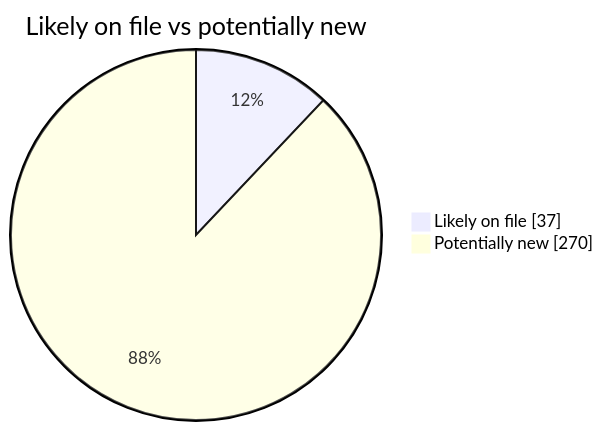
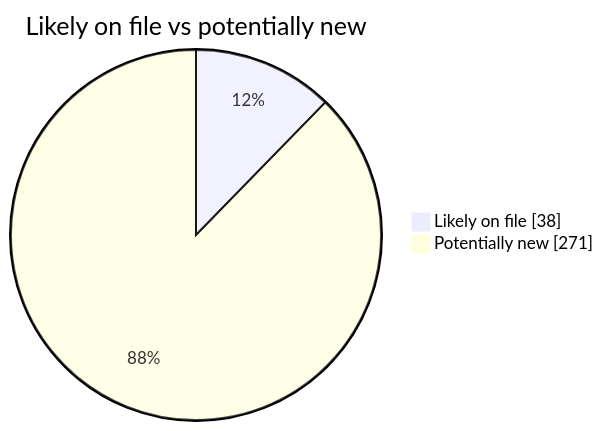
Before and after one commit to martinbalfanz/social-scanner-reports: the second of 4 diagrams in README.md, drawn with Mermaid. The commit also changed other lines of this file and 2 other files, not shown here.

````diff
--- a/README.md
+++ b/README.md
@@ -40,5 +40,5 @@
 ```mermaid
 pie showData title Likely on file vs potentially new
-    "Likely on file" : 37
-    "Potentially new" : 270
+    "Likely on file" : 38
+    "Potentially new" : 271
 ```
````
